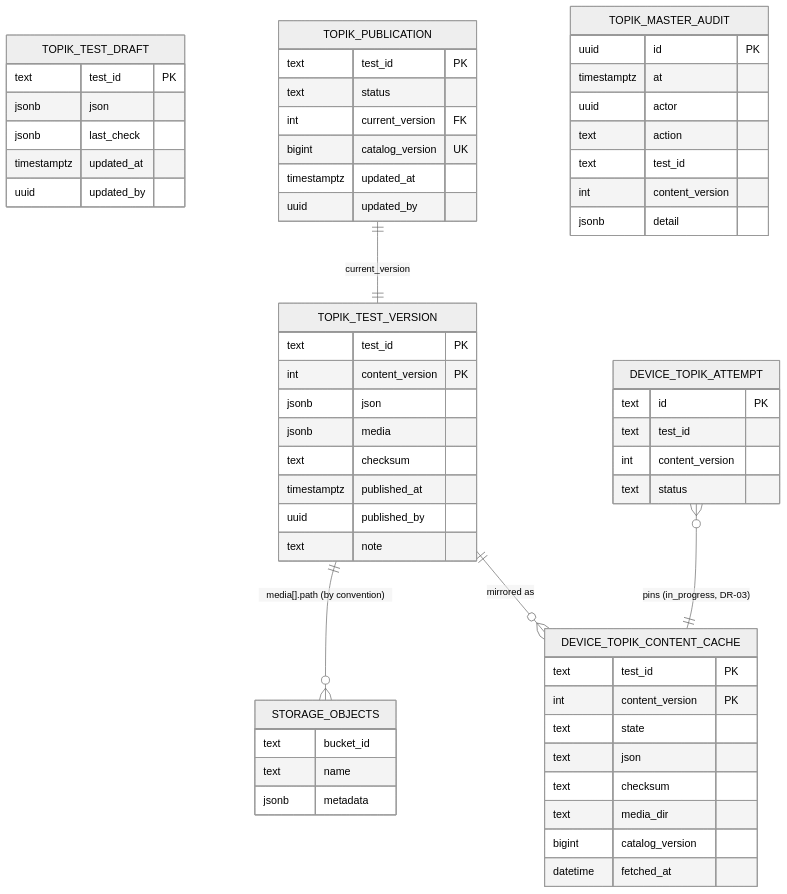
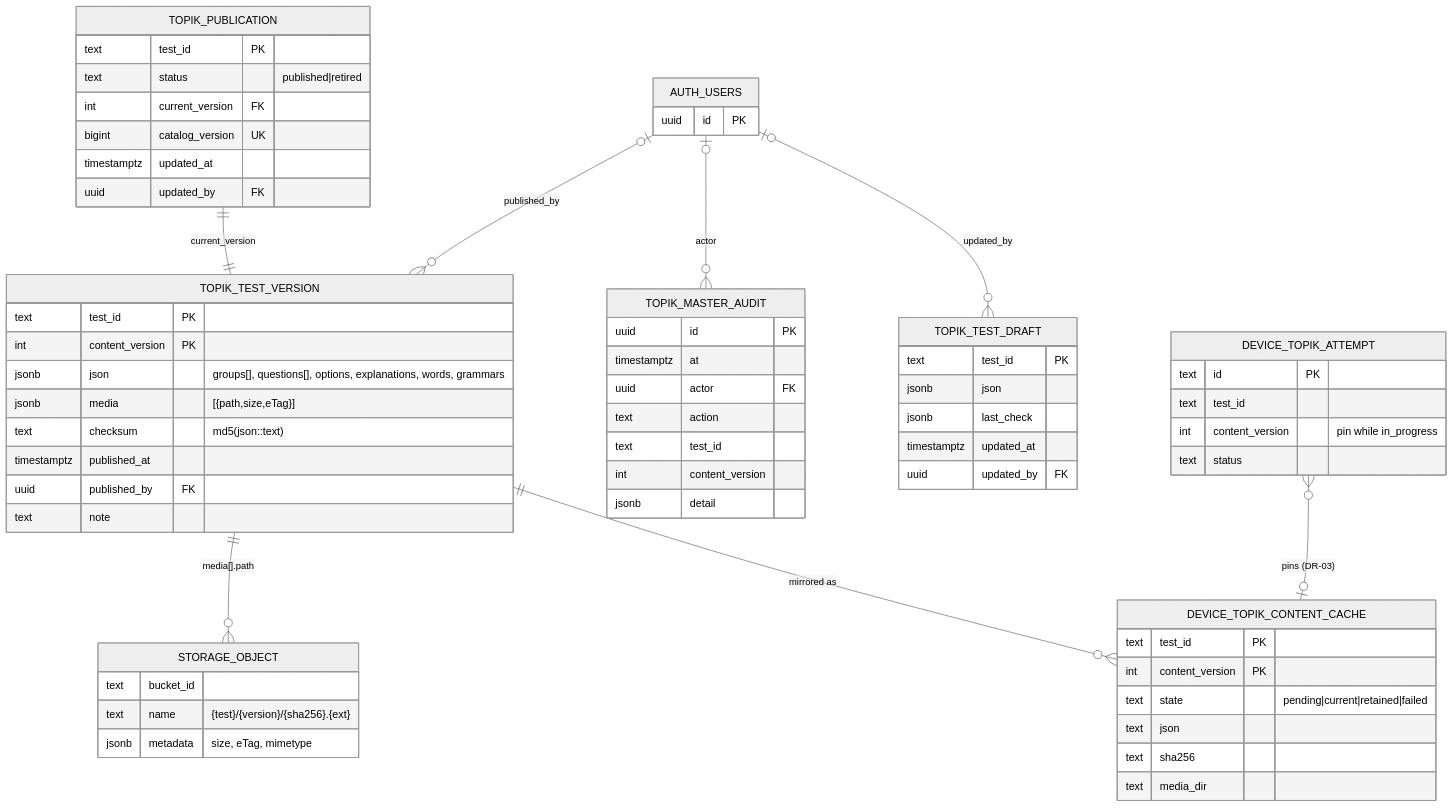
One commit to ntgptit/memox-v8 changed the second of 2 diagrams in docs/superpowers/specs/2026-10-17-topik-master-data-decision-package.md. Above: the diagram before and after it, drawn with Mermaid (neutral theme). The commit also changed other lines of this file and 2 other files, not shown here.

First line of the commit message:
docs(topik): DEV-394 decision package v2 against the full brief: hashes, CLI-first, cache states

````diff
--- a/docs/superpowers/specs/2026-10-17-topik-master-data-decision-package.md
+++ b/docs/superpowers/specs/2026-10-17-topik-master-data-decision-package.md
@@ -243,62 +432,64 @@
 ```mermaid
 erDiagram
   TOPIK_TEST_DRAFT {
     text test_id PK
     jsonb json
     jsonb last_check
     timestamptz updated_at
-    uuid updated_by
+    uuid updated_by FK
   }
   TOPIK_TEST_VERSION {
     text test_id PK
     int content_version PK
-    jsonb json
-    jsonb media
-    text checksum
+    jsonb json "groups[], questions[], options, explanations, words, grammars"
+    jsonb media "[{path,size,eTag}]"
+    text checksum "md5(json::text)"
     timestamptz published_at
-    uuid published_by
+    uuid published_by FK
     text note
   }
   TOPIK_PUBLICATION {
     text test_id PK
-    text status
+    text status "published|retired"
     int current_version FK
     bigint catalog_version UK
     timestamptz updated_at
-    uuid updated_by
+    uuid updated_by FK
   }
   TOPIK_MASTER_AUDIT {
     uuid id PK
     timestamptz at
-    uuid actor
+    uuid actor FK
     text action
     text test_id
     int content_version
     jsonb detail
   }
-  STORAGE_OBJECTS {
+  STORAGE_OBJECT {
     text bucket_id
-    text name
-    jsonb metadata
+    text name "{test}/{version}/{sha256}.{ext}"
+    jsonb metadata "size, eTag, mimetype"
   }
+  AUTH_USERS { uuid id PK }
   DEVICE_TOPIK_CONTENT_CACHE {
     text test_id PK
     int content_version PK
-    text state
+    text state "pending|current|retained|failed"
     text json
-    text checksum
+    text sha256
     text media_dir
-    bigint catalog_version
-    datetime fetched_at
   }
   DEVICE_TOPIK_ATTEMPT {
     text id PK
     text test_id
-    int content_version
+    int content_version "pin while in_progress"
     text status
   }
   TOPIK_PUBLICATION ||--|| TOPIK_TEST_VERSION : "current_version"
-  TOPIK_TEST_VERSION ||--o{ STORAGE_OBJECTS : "media[].path (by convention)"
+  TOPIK_TEST_VERSION ||--o{ STORAGE_OBJECT : "media[].path"
+  AUTH_USERS |o--o{ TOPIK_TEST_VERSION : "published_by"
+  AUTH_USERS |o--o{ TOPIK_MASTER_AUDIT : "actor"
+  AUTH_USERS |o--o{ TOPIK_TEST_DRAFT : "updated_by"
   TOPIK_TEST_VERSION ||--o{ DEVICE_TOPIK_CONTENT_CACHE : "mirrored as"
-  DEVICE_TOPIK_ATTEMPT }o--|| DEVICE_TOPIK_CONTENT_CACHE : "pins (in_progress, DR-03)"
+  DEVICE_TOPIK_ATTEMPT }o--o| DEVICE_TOPIK_CONTENT_CACHE : "pins (DR-03)"
 ```
````
